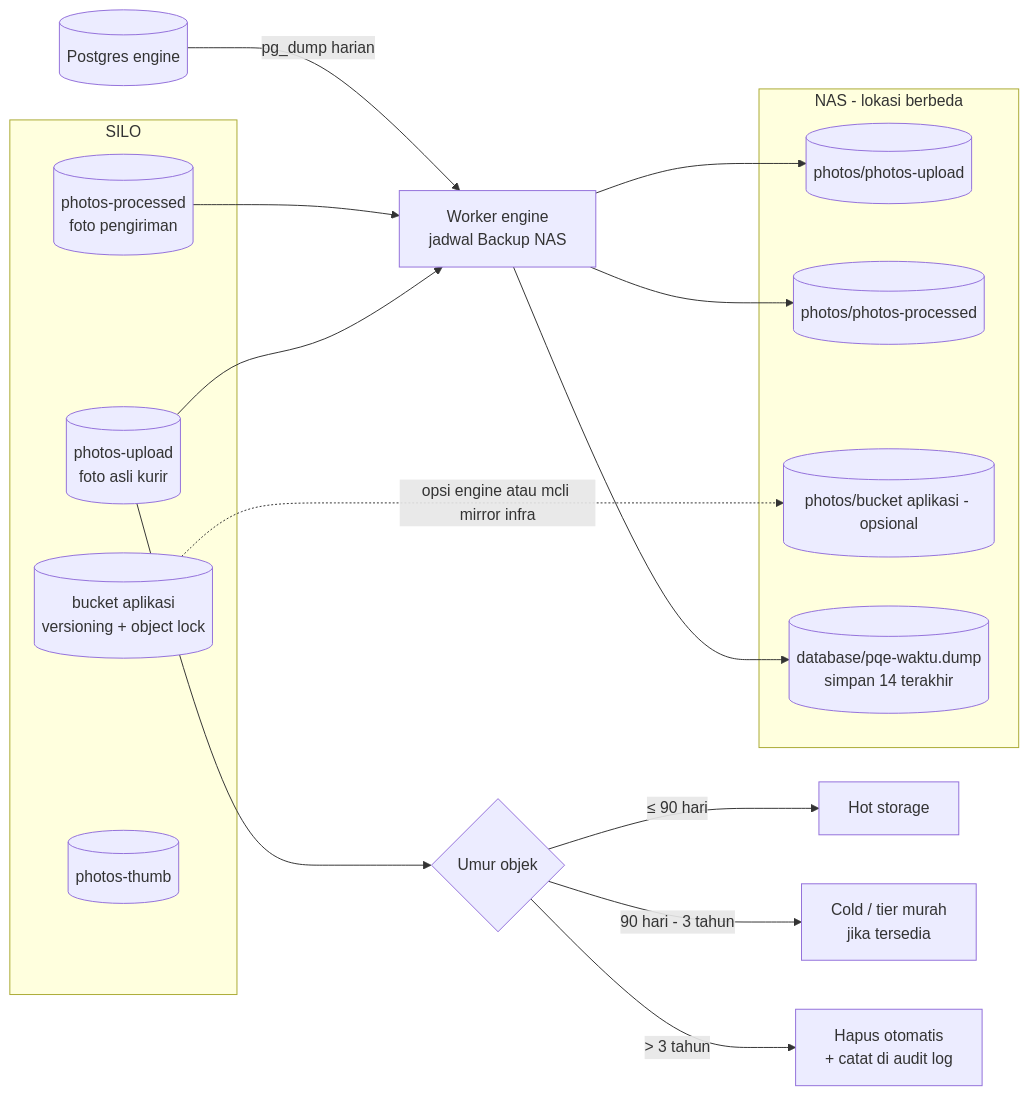
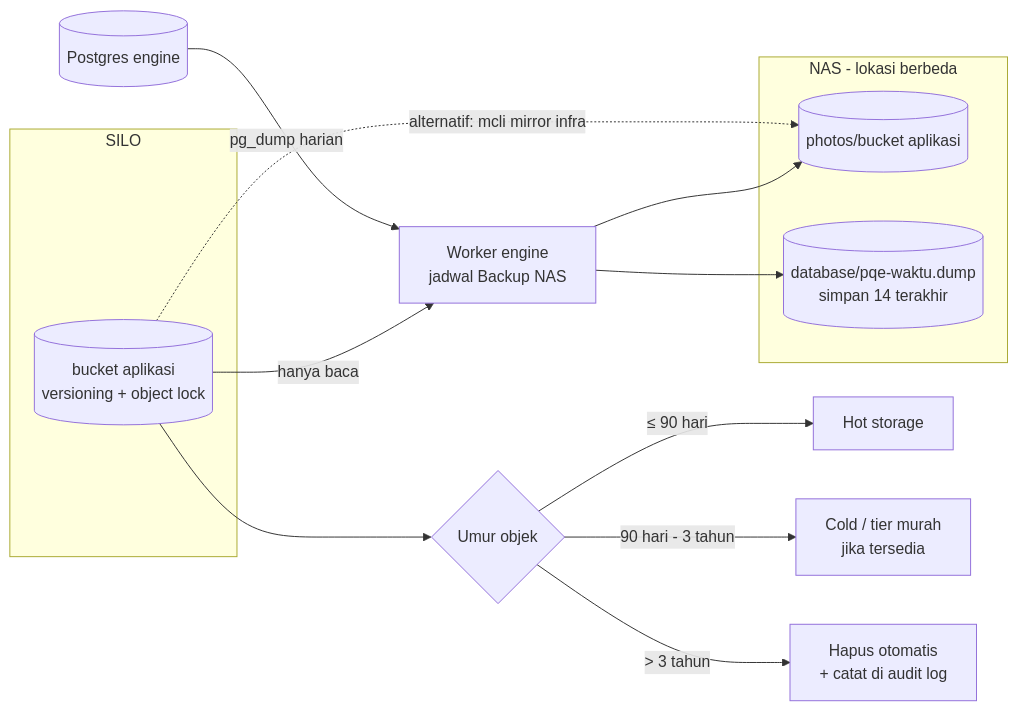
Diagram 17 of 20 in docs/sdlc-plan.md (anas-fikri/ocr-engine), drawn with Mermaid before and after one commit. The commit also changed other lines of this file and 9 other files, not shown here.

````diff
--- a/docs/sdlc-plan.md
+++ b/docs/sdlc-plan.md
@@ -956,31 +956,24 @@
 ```mermaid
 flowchart LR
     subgraph SILO
         A[(bucket aplikasi<br/>versioning + object lock)]
-        U[(photos-upload<br/>foto asli kurir)]
-        P[(photos-processed<br/>foto pengiriman)]
-        T[(photos-thumb)]
     end
     PG[(Postgres engine)]
     W[Worker engine<br/>jadwal Backup NAS]
 
     subgraph NAS[NAS - lokasi berbeda]
-        NU[(photos/photos-upload)]
-        NP[(photos/photos-processed)]
-        NA[(photos/bucket aplikasi - opsional)]
+        NA[(photos/bucket aplikasi)]
         ND[(database/pqe-waktu.dump<br/>simpan 14 terakhir)]
     end
 
-    U --> W
-    P --> W
+    A -->|hanya baca| W
     PG -->|pg_dump harian| W
-    W --> NU
-    W --> NP
+    W --> NA
     W --> ND
-    A -.->|opsi engine atau mcli mirror infra| NA
+    A -.->|alternatif: mcli mirror infra| NA
 
-    U --> L{Umur objek}
+    A --> L{Umur objek}
     L -- "≤ 90 hari" --> L1[Hot storage]
     L -- "90 hari - 3 tahun" --> L2[Cold / tier murah<br/>jika tersedia]
     L -- "> 3 tahun" --> L3[Hapus otomatis<br/>+ catat di audit log]
 ```
````
